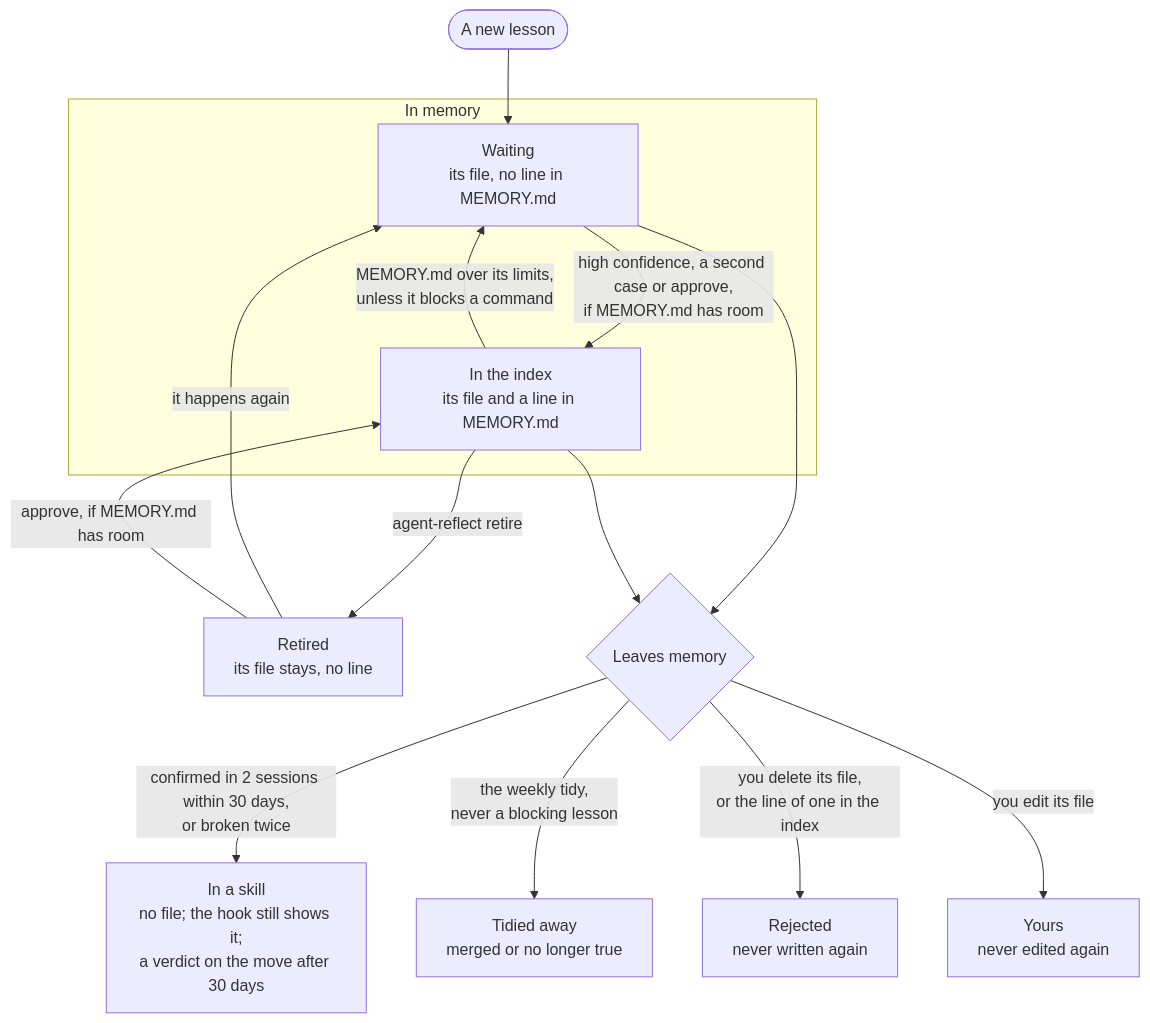
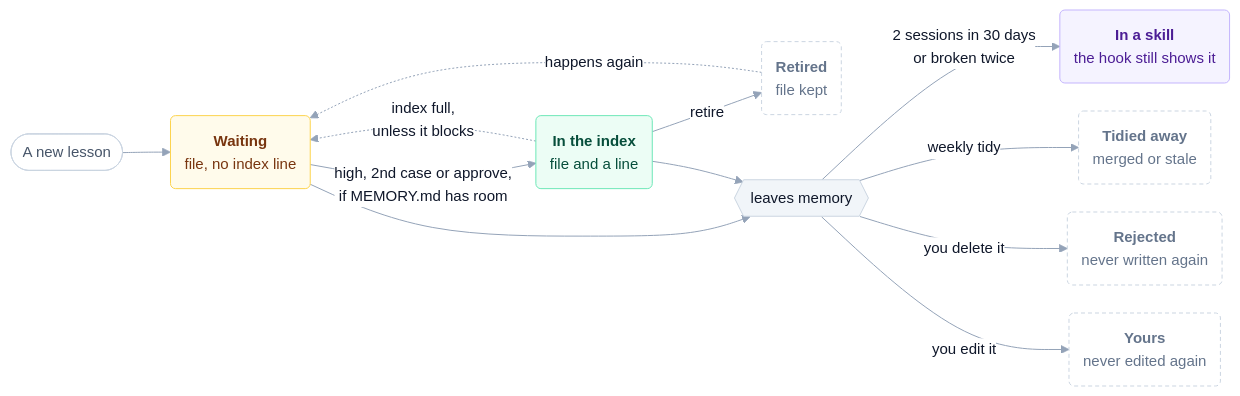
The third of 3 diagrams in README.md (vladislavgorbunov-afk/agent-reflect), drawn with Mermaid before and after one commit. The commit also changed other lines of this file, not shown here.

First line of the commit message:
docs: Make the README diagrams compact cards in one colour per part

````diff
--- a/README.md
+++ b/README.md
@@ -165,22 +150,25 @@
 ```mermaid
-flowchart TB
-    NEW(["A new lesson"]) --> WAIT
+%%{init: {"theme": "base", "themeVariables": {"fontFamily": "-apple-system, BlinkMacSystemFont, Segoe UI, Helvetica, Arial, sans-serif", "fontSize": "15px", "lineColor": "#94a3b8", "primaryColor": "#f1f5f9", "primaryBorderColor": "#cbd5e1", "primaryTextColor": "#0f172a", "clusterBkg": "#f8fafc", "clusterBorder": "#e2e8f0", "edgeLabelBackground": "#ffffff"}, "flowchart": {"curve": "basis", "nodeSpacing": 28, "rankSpacing": 48, "padding": 14}}}%%
+flowchart LR
+    new(["A new lesson"]):::out --> wait
+    wait("<b>Waiting</b><br/>file, no index line"):::work
+    live("<b>In the index</b><br/>file and a line"):::mem
+    wait -->|"high, 2nd case or approve,<br/>if MEMORY.md has room"| live
+    live -.->|"index full,<br/>unless it blocks"| wait
+    live -->|"retire"| ret("<b>Retired</b><br/>file kept"):::muted
+    ret -.->|"happens again"| wait
 
-    subgraph MEM["In memory"]
-        WAIT["Waiting<br/>its file, no line in MEMORY.md"]
-        LIVE["In the index<br/>its file and a line in MEMORY.md"]
-        WAIT -->|"high confidence, a second case or approve,<br/>if MEMORY.md has room"| LIVE
-        LIVE -->|"MEMORY.md over its limits,<br/>unless it blocks a command"| WAIT
-    end
+    wait & live --> out{{"leaves memory"}}:::user
+    out -->|"2 sessions in 30 days<br/>or broken twice"| skill("<b>In a skill</b><br/>the hook still shows it"):::week
+    out -->|"weekly tidy"| gone("<b>Tidied away</b><br/>merged or stale"):::muted
+    out -->|"you delete it"| rej("<b>Rejected</b><br/>never written again"):::muted
+    out -->|"you edit it"| own("<b>Yours</b><br/>never edited again"):::muted
 
-    LIVE -->|"agent-reflect retire"| RET["Retired<br/>its file stays, no line"]
-    RET -->|"it happens again"| WAIT
-    RET -->|"approve, if MEMORY.md has room"| LIVE
-
-    WAIT --> OUT{"Leaves memory"}
-    LIVE --> OUT
-    OUT -->|"confirmed in 2 sessions within 30 days,<br/>or broken twice"| SKILL["In a skill<br/>no file; the hook still shows it;<br/>a verdict on the move after 30 days"]
-    OUT -->|"the weekly tidy,<br/>never a blocking lesson"| GONE["Tidied away<br/>merged or no longer true"]
-    OUT -->|"you delete its file,<br/>or the line of one in the index"| REJ["Rejected<br/>never written again"]
-    OUT -->|"you edit its file"| YOURS["Yours<br/>never edited again"]
+    classDef night fill:#eef2ff,stroke:#a5b4fc,color:#1e1b4b
+    classDef mem fill:#ecfdf5,stroke:#6ee7b7,color:#064e3b
+    classDef work fill:#fffbeb,stroke:#fcd34d,color:#78350f
+    classDef week fill:#f5f3ff,stroke:#c4b5fd,color:#4c1d95
+    classDef user fill:#f1f5f9,stroke:#cbd5e1,color:#0f172a
+    classDef muted fill:#ffffff,stroke:#cbd5e1,stroke-dasharray:4 3,color:#64748b
+    classDef out fill:#ffffff,stroke:#cbd5e1,color:#475569
 ```
````
